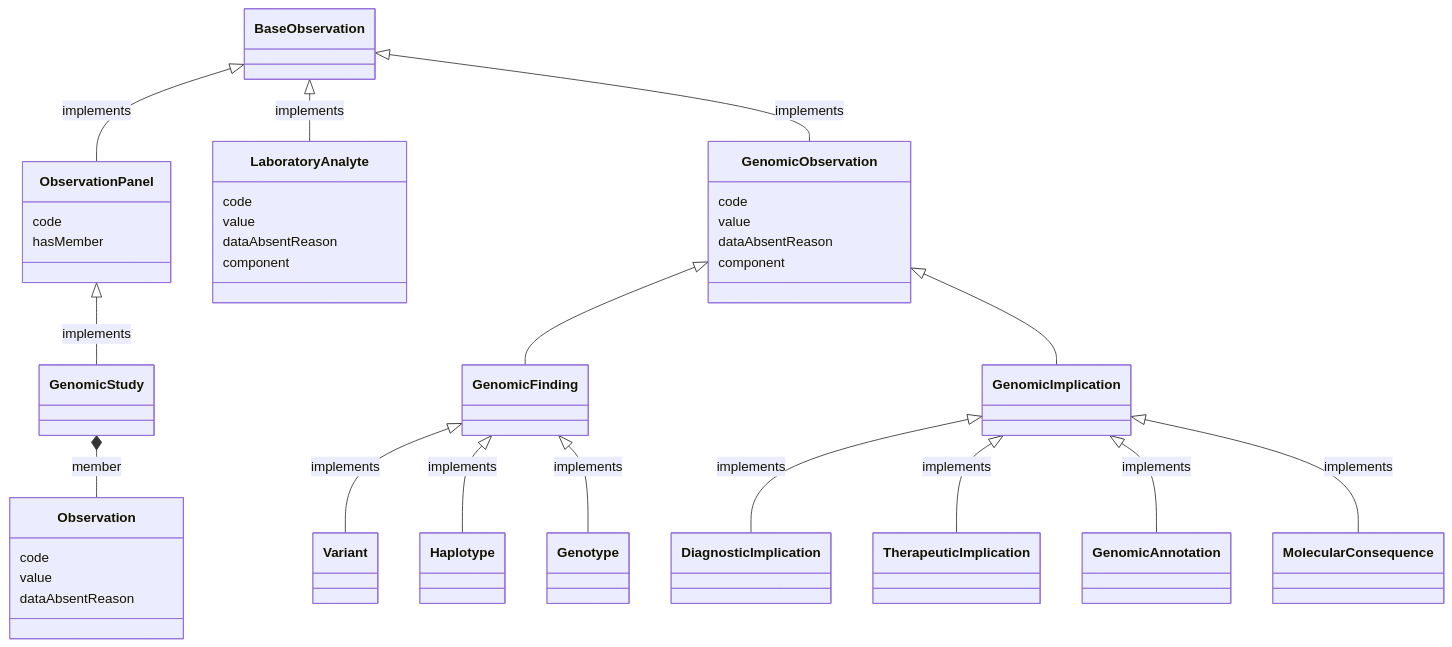
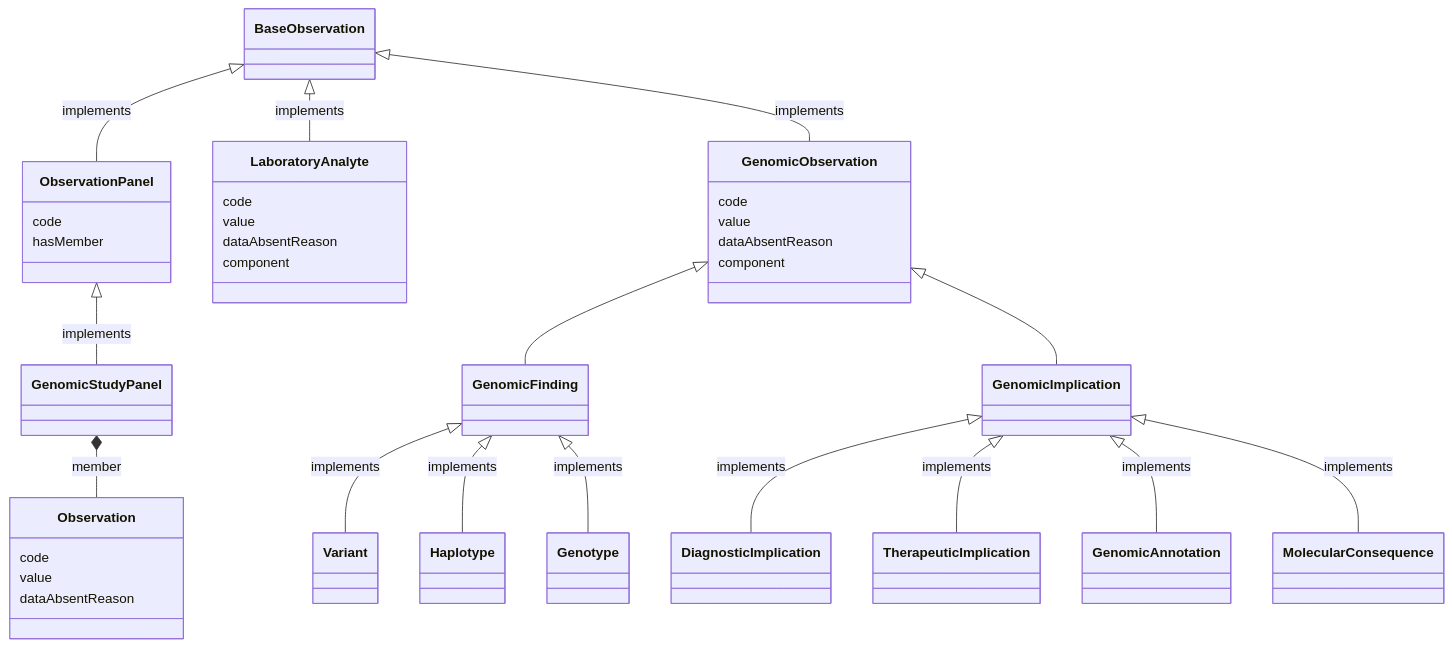
The diagram in input/pagecontent/StructureDefinition-Observation-intro.md (nw-gmsa/nw-gmsa.github.com), drawn with Mermaid before and after one commit. The commit also changed other lines of this file and 2 other files, not shown here.

Commit message:
Overview process model

````diff
--- a/input/pagecontent/StructureDefinition-Observation-intro.md
+++ b/input/pagecontent/StructureDefinition-Observation-intro.md
@@ -11,49 +11,49 @@
 ```mermaid
 classDiagram
 
 
 BaseObservation <|-- ObservationPanel : implements
 BaseObservation <|-- LaboratoryAnalyte : implements
 BaseObservation <|-- GenomicObservation : implements
-ObservationPanel <|-- GenomicStudy : implements
+ObservationPanel <|-- GenomicStudyPanel : implements
 
 GenomicObservation <|-- GenomicFinding 
 GenomicObservation <|-- GenomicImplication
 
 GenomicFinding <|-- Variant :implements
 GenomicFinding <|-- Haplotype :implements
 GenomicFinding <|-- Genotype :implements
 
 GenomicImplication <|-- DiagnosticImplication :implements
 GenomicImplication <|-- TherapeuticImplication :implements
 GenomicImplication <|-- GenomicAnnotation :implements
 GenomicImplication <|-- MolecularConsequence :implements
 
-GenomicStudy *-- Observation : member
+GenomicStudyPanel *-- Observation : member
 
 class ObservationPanel {
     code
     hasMember
 }
 
 class Observation {
     code
     value
     dataAbsentReason
 }
 
 class GenomicObservation {
     code
     value
     dataAbsentReason
     component
 }
 
 
 class LaboratoryAnalyte {
     code
     value
     dataAbsentReason
     component
 }
 ```
````
